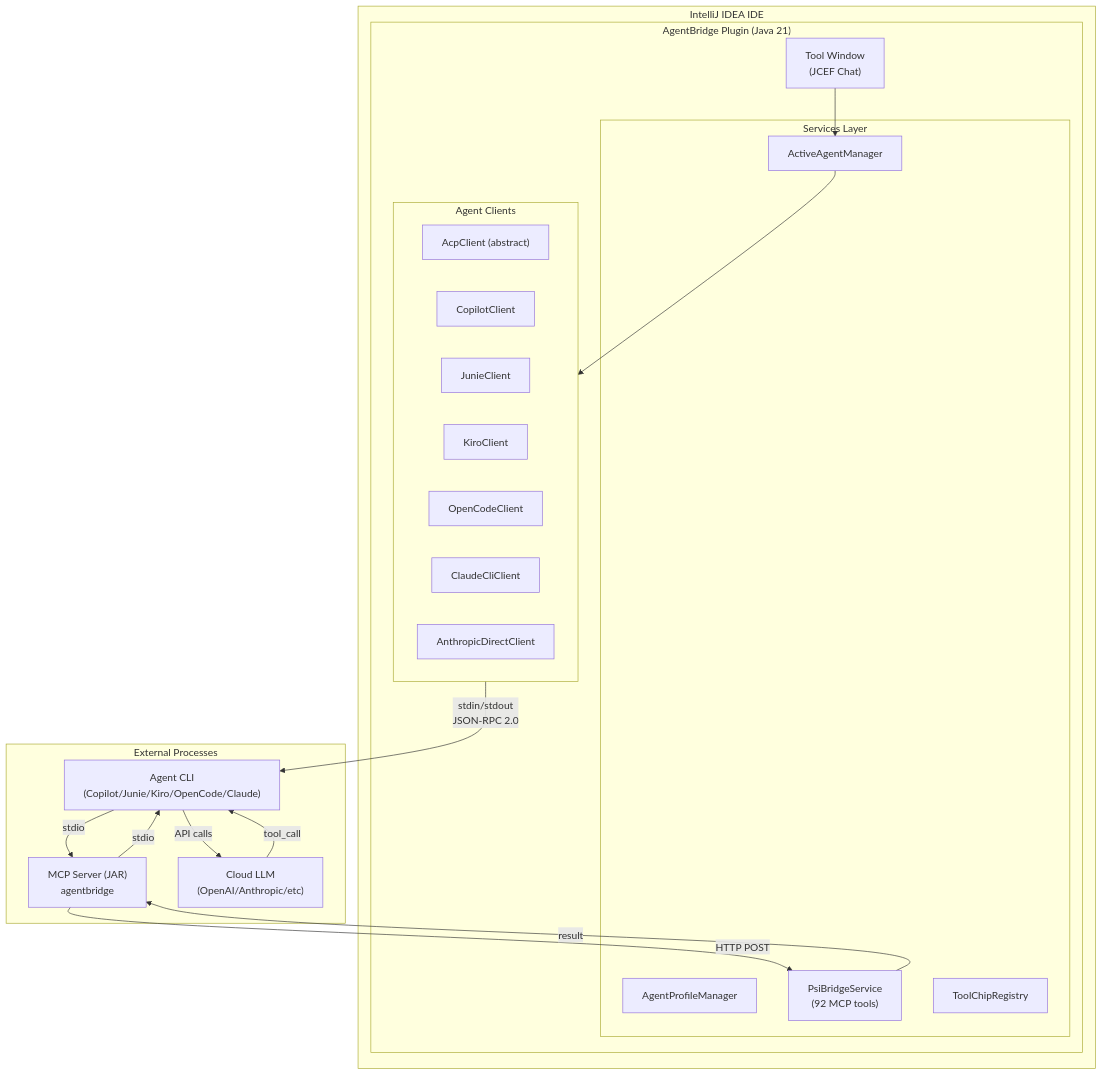
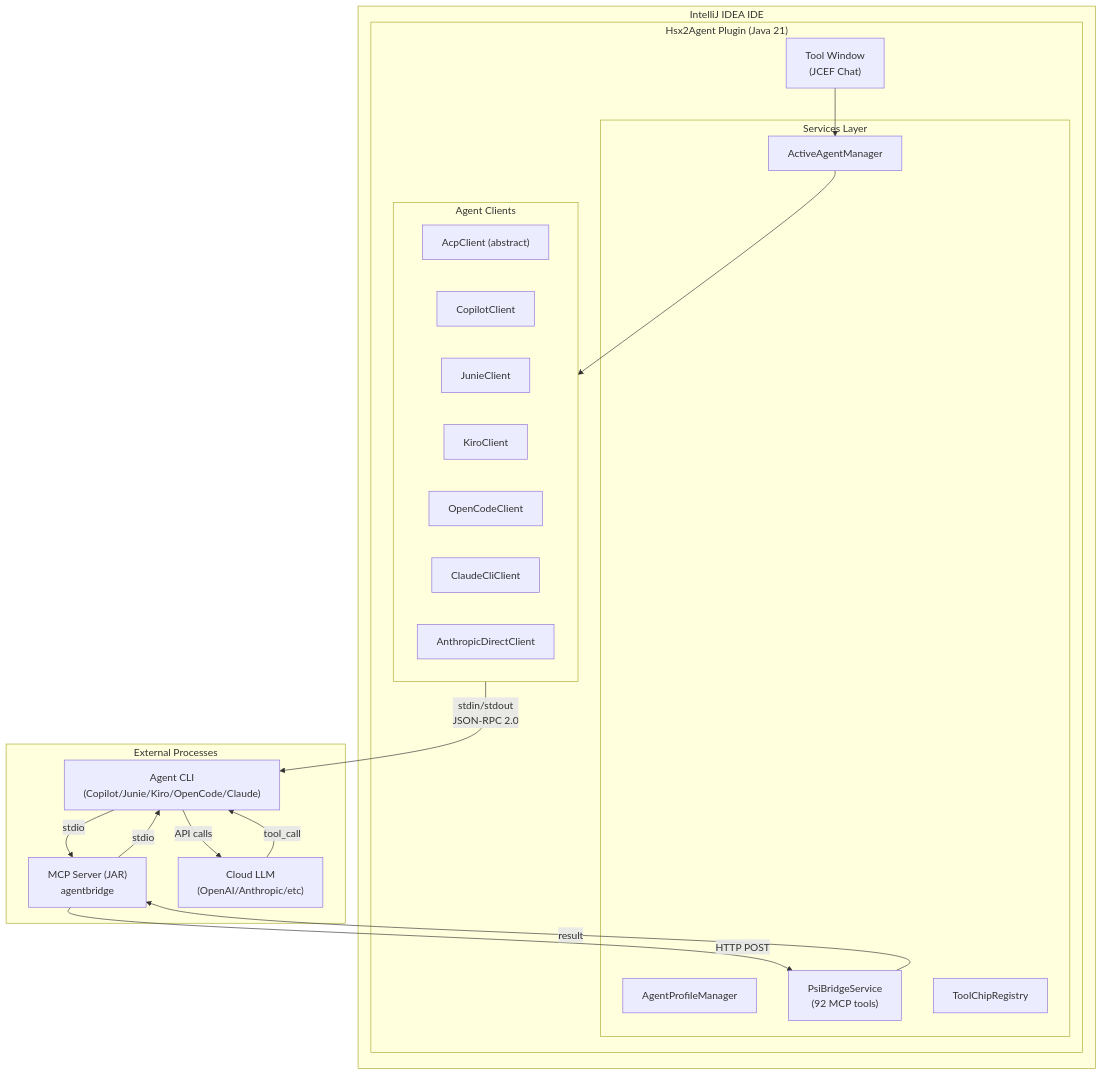
The first of 5 diagrams in docs/ARCHITECTURE.md (beheoxinh/hsx2agent), drawn with Mermaid before and after one commit. The commit also changed other lines of this file and 20 other files, not shown here.

Commit message:
docs: rename "AgentBridge" to "Hsx2Agent" in docs and hook scripts

````diff
--- a/docs/ARCHITECTURE.md
+++ b/docs/ARCHITECTURE.md
@@ -5,41 +5,41 @@
 ```mermaid
 graph TB
     subgraph IDE["IntelliJ IDEA IDE"]
-        subgraph Plugin["AgentBridge Plugin (Java 21)"]
+        subgraph Plugin["Hsx2Agent Plugin (Java 21)"]
             UI["Tool Window<br/>(JCEF Chat)"]
             
             subgraph Services["Services Layer"]
                 AAM["ActiveAgentManager"]
                 APM["AgentProfileManager"]
                 PSI["PsiBridgeService<br/>(92 MCP tools)"]
                 TCR["ToolChipRegistry"]
             end
             
             subgraph Clients["Agent Clients"]
                 ACP["AcpClient (abstract)"]
                 COP["CopilotClient"]
                 JUN["JunieClient"]
                 KIR["KiroClient"]
                 OPC["OpenCodeClient"]
                 CLC["ClaudeCliClient"]
                 ADC["AnthropicDirectClient"]
             end
         end
     end
     
     subgraph External["External Processes"]
         CLI["Agent CLI<br/>(Copilot/Junie/Kiro/OpenCode/Claude)"]
         MCP["MCP Server (JAR)<br/>agentbridge"]
         LLM["Cloud LLM<br/>(OpenAI/Anthropic/etc)"]
     end
     
     UI --> AAM
     AAM --> Clients
     Clients -->|"stdin/stdout<br/>JSON-RPC 2.0"| CLI
     CLI -->|"API calls"| LLM
     LLM -->|"tool_call"| CLI
     CLI -->|"stdio"| MCP
     MCP -->|"HTTP POST"| PSI
     PSI -->|"result"| MCP
     MCP -->|"stdio"| CLI
 ```
````
